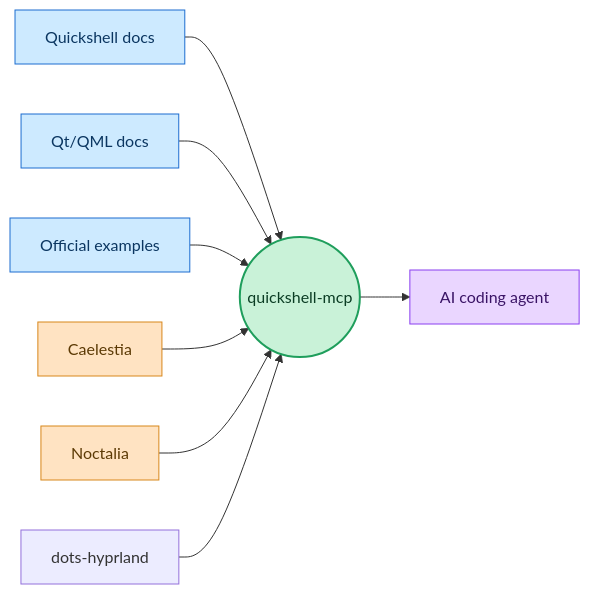
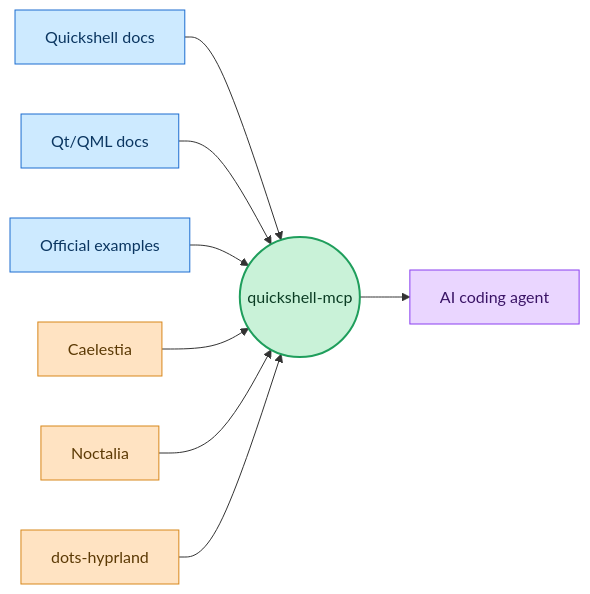
Before and after one commit to franklinnolasco7/quickshell-docs-mcp: the first of 3 diagrams in README.md, drawn with Mermaid.

Commit message:
docs: add dots-hyprland node to mermaid diagram with community color

````diff
--- a/README.md
+++ b/README.md
@@ -96,29 +96,29 @@
 ```mermaid
 flowchart LR
     A[Quickshell docs]
     B[Qt/QML docs]
     C[Official examples]
     D[Caelestia]
     E[Noctalia]
     F[dots-hyprland]
     M((quickshell-mcp))
     Agent[AI coding agent]
 
     A --> M
     B --> M
     C --> M
     D --> M
     E --> M
     F --> M
     M --> Agent
 
     classDef official fill:#cdeaff,stroke:#1c6dd0,stroke-width:1px,color:#0b3661
     classDef community fill:#ffe3c2,stroke:#d8871b,stroke-width:1px,color:#5c3a05
     classDef core fill:#c9f2d8,stroke:#1f9e5c,stroke-width:2px,color:#0b3d24
     classDef agent fill:#ead6ff,stroke:#8a3ff0,stroke-width:1px,color:#3a1466
 
     class A,B,C official
-    class D,E community
+    class D,E,F community
     class M core
     class Agent agent
 ```
````
